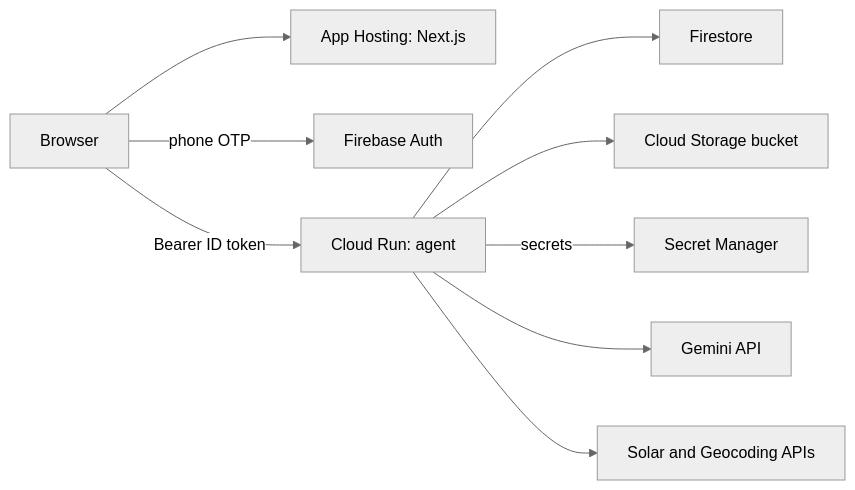
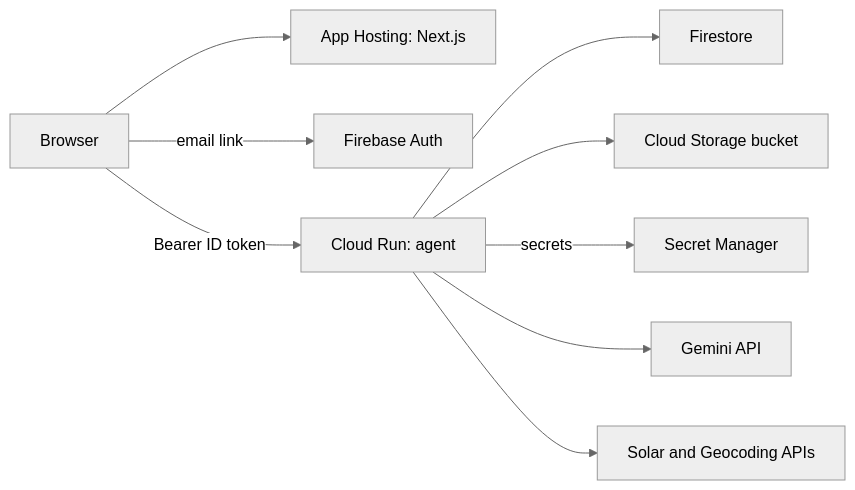
Before and after one commit to sidxh/carbon-accounting: the second of 3 diagrams in TESTING.md, drawn with Mermaid (neutral theme). The commit also changed other lines of this file and 31 other files, not shown here.

Commit message:
email link sign-in, one language and country, delete reporting year, clearer solar address

````diff
--- a/TESTING.md
+++ b/TESTING.md
@@ -488,11 +487,11 @@
 ```mermaid
 flowchart LR
     Browser["Browser"] --> Web["App Hosting: Next.js"]
-    Browser -->|"phone OTP"| Auth["Firebase Auth"]
+    Browser -->|"email link"| Auth["Firebase Auth"]
     Browser -->|"Bearer ID token"| Agent["Cloud Run: agent"]
     Agent --> Fs["Firestore"]
     Agent --> Gcs["Cloud Storage bucket"]
     Agent -->|"secrets"| Sm["Secret Manager"]
     Agent --> Gem["Gemini API"]
     Agent --> Solar["Solar and Geocoding APIs"]
 ```
````
